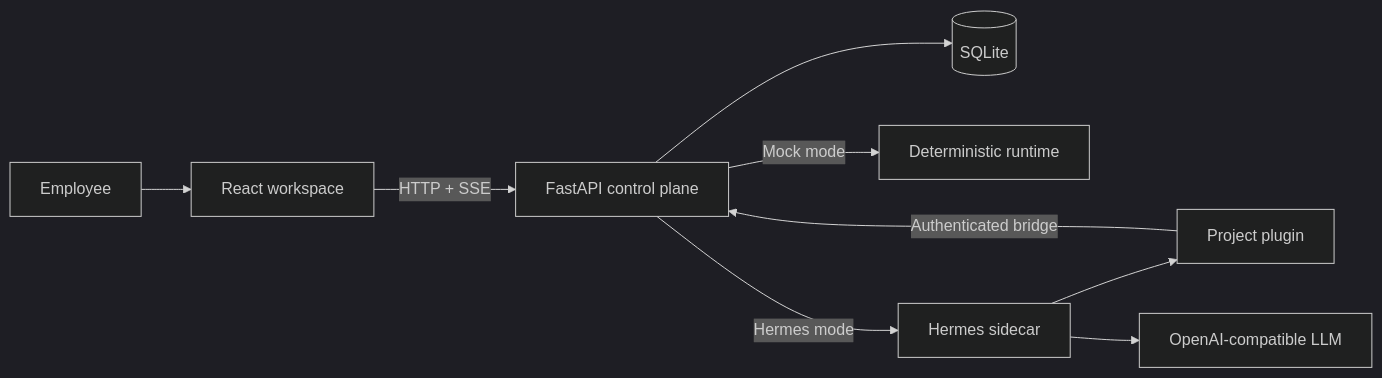
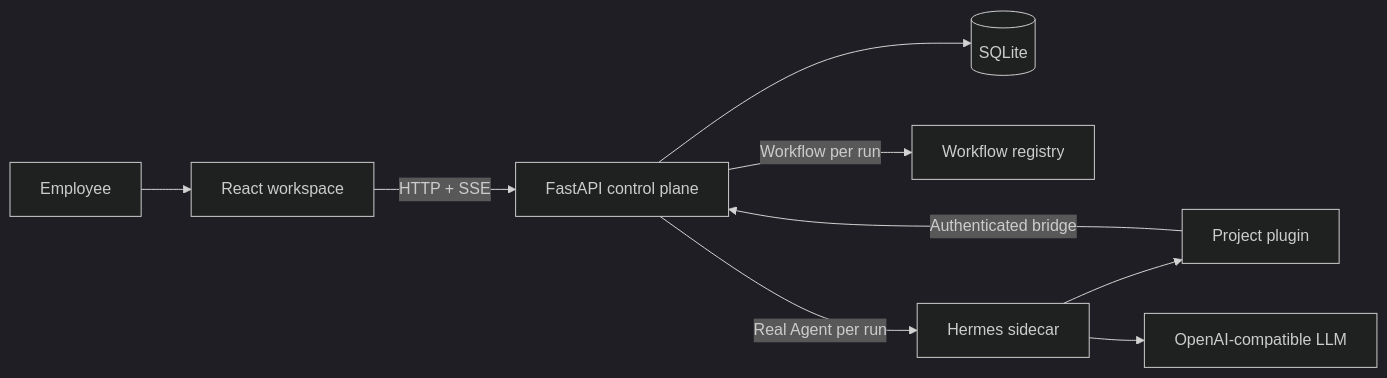
One commit to zcloveyou2333/zc-agent-desk changed the diagram in docs/ARCHITECTURE.md. Above: the diagram before and after it, drawn with Mermaid (dark theme). The commit also changed other lines of this file and 5 other files, not shown here.

Commit message:
docs: complete workflow runtime delivery

````diff
--- a/docs/ARCHITECTURE.md
+++ b/docs/ARCHITECTURE.md
@@ -5,11 +5,11 @@
 ```mermaid
 flowchart LR
     U[Employee] --> R[React workspace]
     R -->|HTTP + SSE| F[FastAPI control plane]
     F --> S[(SQLite)]
-    F -->|Mock mode| M[Deterministic runtime]
-    F -->|Hermes mode| H[Hermes sidecar]
+    F -->|Workflow per run| M[Workflow registry]
+    F -->|Real Agent per run| H[Hermes sidecar]
     H --> P[Project plugin]
     P -->|Authenticated bridge| F
     H --> L[OpenAI-compatible LLM]
 ```
````
